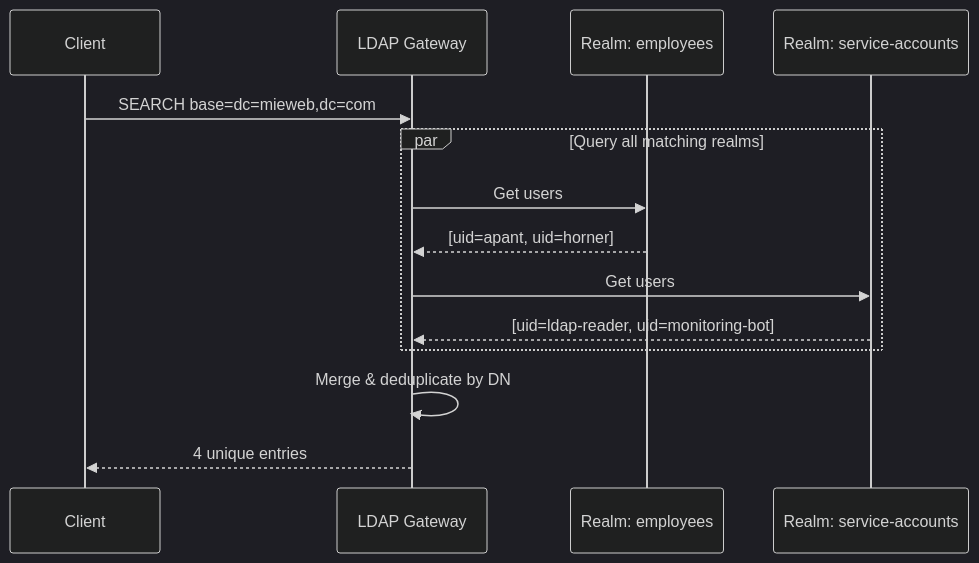
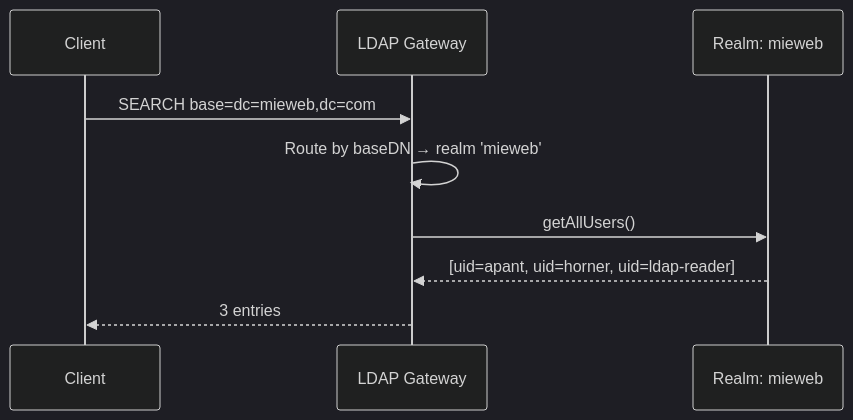
One commit to mieweb/LDAPServer changed the third of 4 diagrams in docs/MULTI-REALM-ARCHITECTURE.md. Above: the diagram before and after it, drawn with Mermaid (dark theme). The commit also changed other lines of this file and 7 other files, not shown here.

Commit message:
Enforce 1:1 baseDN-to-realm and remove cross-realm fallback

````diff
--- a/docs/MULTI-REALM-ARCHITECTURE.md
+++ b/docs/MULTI-REALM-ARCHITECTURE.md
@@ -145,21 +131,15 @@
 ```mermaid
 sequenceDiagram
     participant Client
     participant Gateway as LDAP Gateway
-    participant R1 as Realm: employees
-    participant R2 as Realm: service-accounts
+    participant Realm as Realm: mieweb
 
     Client->>Gateway: SEARCH base=dc=mieweb,dc=com
 
-    par Query all matching realms
-        Gateway->>R1: Get users
-        R1-->>Gateway: [uid=apant, uid=horner]
-        
-        Gateway->>R2: Get users
-        R2-->>Gateway: [uid=ldap-reader, uid=monitoring-bot]
-    end
+    Gateway->>Gateway: Route by baseDN → realm 'mieweb'
 
-    Gateway->>Gateway: Merge & deduplicate by DN
+    Gateway->>Realm: getAllUsers()
+    Realm-->>Gateway: [uid=apant, uid=horner, uid=ldap-reader]
 
-    Gateway-->>Client: 4 unique entries
+    Gateway-->>Client: 3 entries
 ```
````
